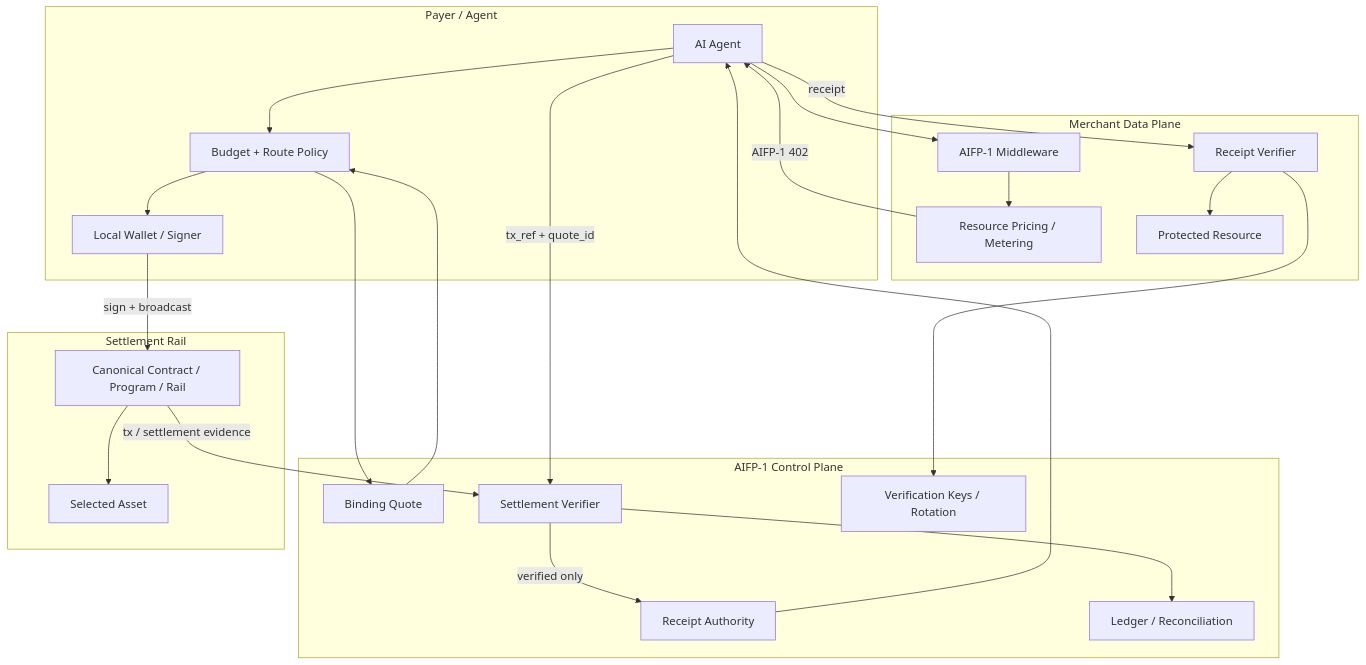
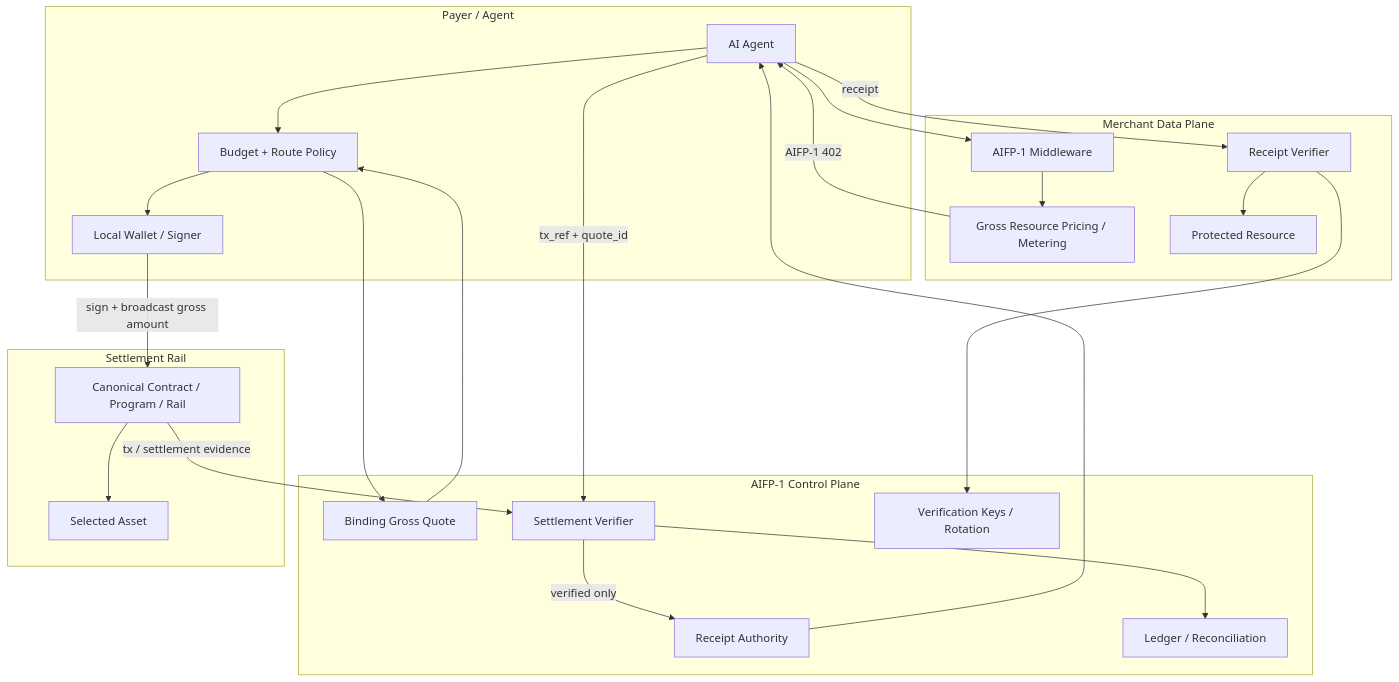
Before and after one commit to AiFinPay/AIFP-1: the diagram in docs/architecture.md, drawn with Mermaid. The commit also changed other lines of this file and 34 other files, not shown here.

````diff
--- a/docs/architecture.md
+++ b/docs/architecture.md
@@ -7,46 +7,46 @@
 ```mermaid
 flowchart TB
     subgraph Client["Payer / Agent"]
         Agent["AI Agent"]
         ClientPolicy["Budget + Route Policy"]
         Wallet["Local Wallet / Signer"]
     end
 
     subgraph Merchant["Merchant Data Plane"]
         Middleware["AIFP-1 Middleware"]
-        Pricing["Resource Pricing / Metering"]
+        Pricing["Gross Resource Pricing / Metering"]
         ReceiptCheck["Receipt Verifier"]
         Protected["Protected Resource"]
     end
 
     subgraph Control["AIFP-1 Control Plane"]
-        Quote["Binding Quote"]
+        Quote["Binding Gross Quote"]
         SettlementVerify["Settlement Verifier"]
         Receipt["Receipt Authority"]
         Ledger["Ledger / Reconciliation"]
         Keys["Verification Keys / Rotation"]
     end
 
     subgraph Settlement["Settlement Rail"]
         Target["Canonical Contract / Program / Rail"]
         Asset["Selected Asset"]
     end
 
     Agent --> Middleware
     Middleware --> Pricing
     Pricing -->|AIFP-1 402| Agent
     Agent --> ClientPolicy
     ClientPolicy --> Quote
     Quote --> ClientPolicy
     ClientPolicy --> Wallet
-    Wallet -->|sign + broadcast| Target
+    Wallet -->|sign + broadcast gross amount| Target
     Target --> Asset
     Target -->|tx / settlement evidence| SettlementVerify
     Agent -->|tx_ref + quote_id| SettlementVerify
     SettlementVerify -->|verified only| Receipt
     SettlementVerify --> Ledger
     Receipt --> Agent
     Agent -->|receipt| ReceiptCheck
     ReceiptCheck --> Keys
     ReceiptCheck --> Protected
 ```
````
